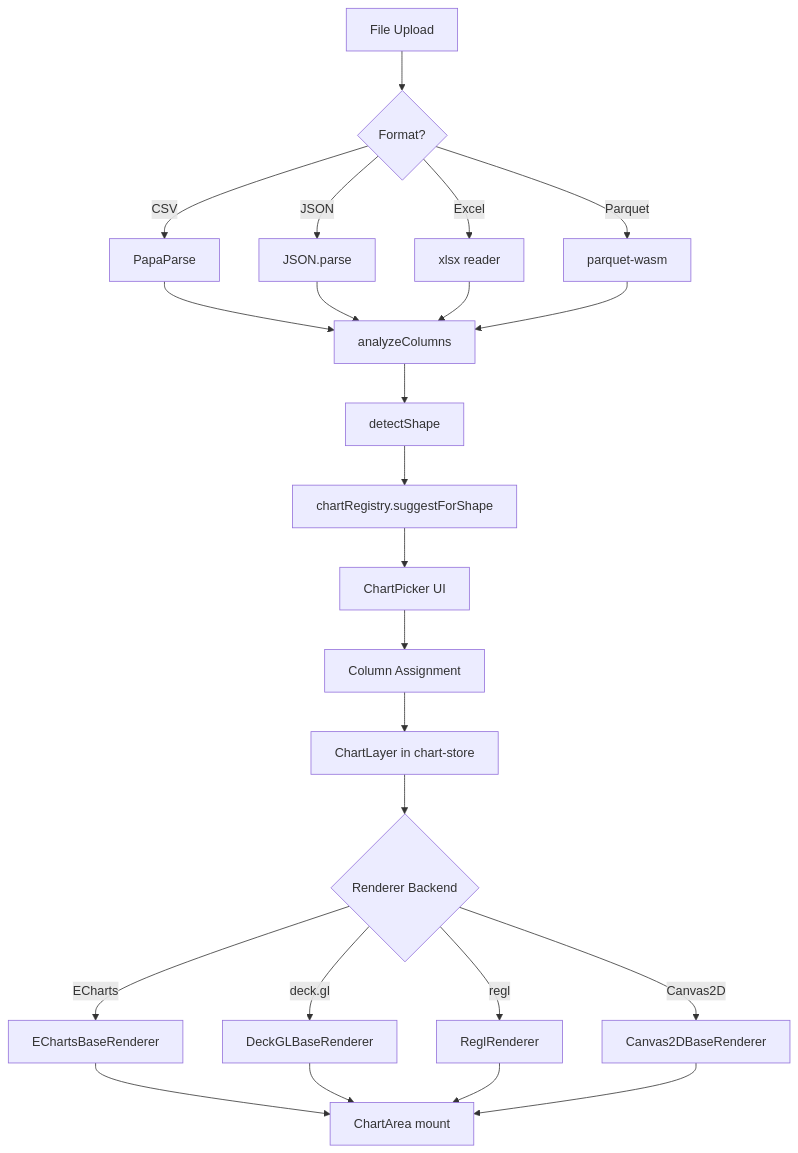
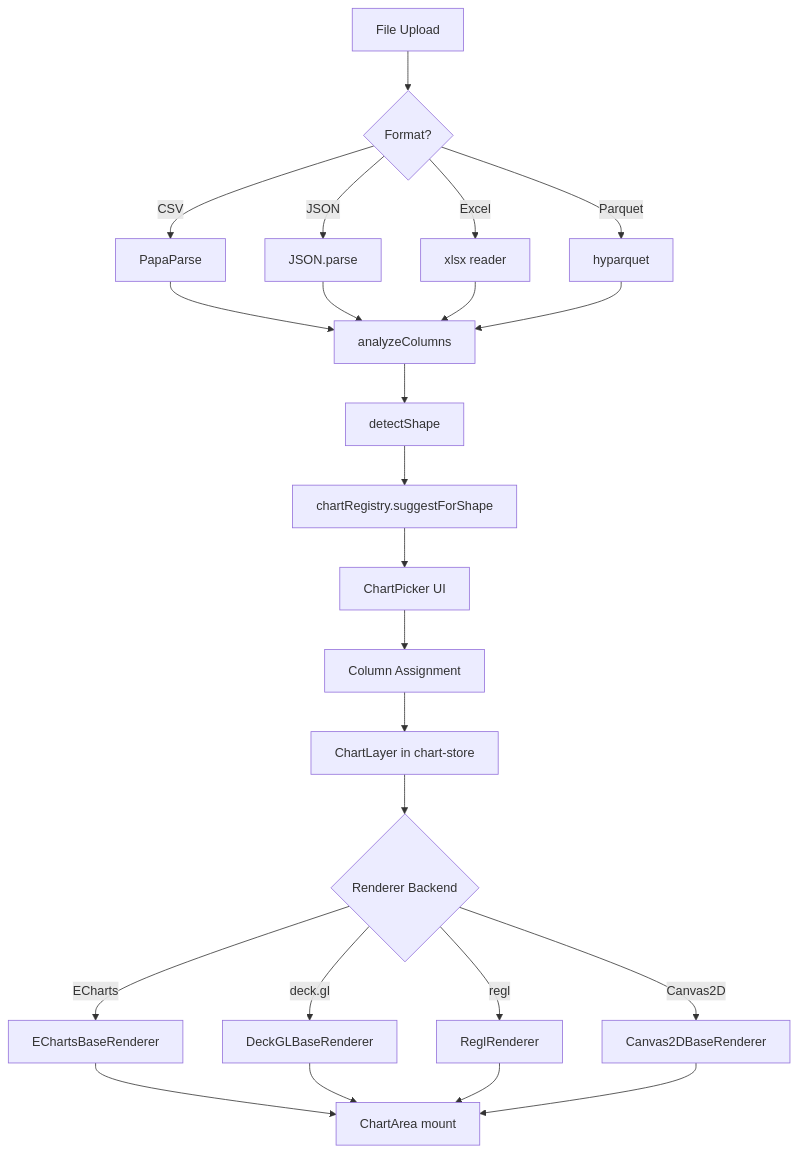
Before and after one commit to amrambouskila/business-intelligence: the first of 3 diagrams in docs/BUSINESS_INTELLIGENCE_MASTER_PLAN.md, drawn with Mermaid. The commit also changed other lines of this file and 13 other files, not shown here.

````diff
--- a/docs/BUSINESS_INTELLIGENCE_MASTER_PLAN.md
+++ b/docs/BUSINESS_INTELLIGENCE_MASTER_PLAN.md
@@ -32,26 +32,26 @@
 ```mermaid
 graph TD
     Upload[File Upload] --> Parser{Format?}
     Parser -->|CSV| Papa[PapaParse]
     Parser -->|JSON| JSON[JSON.parse]
     Parser -->|Excel| XLSX[xlsx reader]
-    Parser -->|Parquet| PQ[parquet-wasm]
+    Parser -->|Parquet| PQ[hyparquet]
     Papa --> Cols[analyzeColumns]
     JSON --> Cols
     XLSX --> Cols
     PQ --> Cols
     Cols --> Shape[detectShape]
     Shape --> Suggest[chartRegistry.suggestForShape]
     Suggest --> Picker[ChartPicker UI]
     Picker --> Assign[Column Assignment]
     Assign --> Layer[ChartLayer in chart-store]
     Layer --> Renderer{Renderer Backend}
     Renderer -->|ECharts| E[EChartsBaseRenderer]
     Renderer -->|deck.gl| D[DeckGLBaseRenderer]
     Renderer -->|regl| R[ReglRenderer]
     Renderer -->|Canvas2D| C[Canvas2DBaseRenderer]
     E --> Canvas[ChartArea mount]
     D --> Canvas
     R --> Canvas
     C --> Canvas
 ```
````
